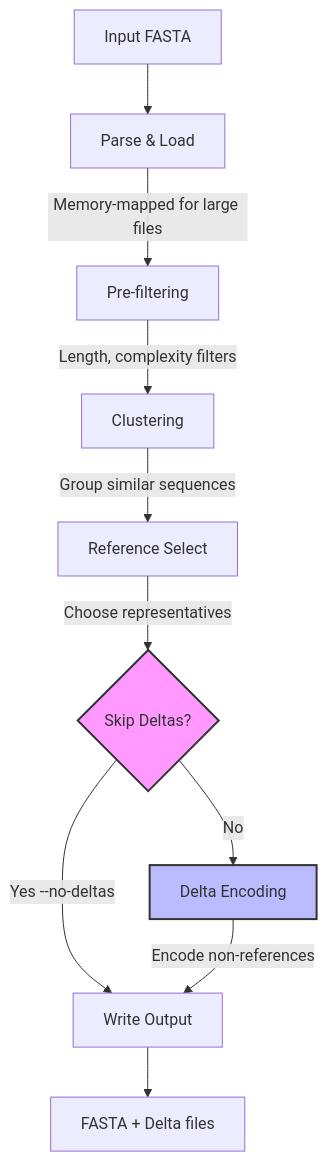
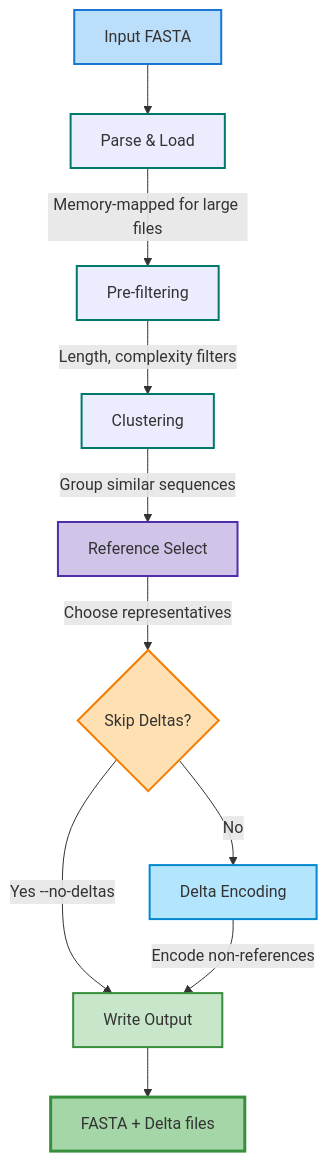
Before and after one commit to bfowle/talaria: the second of 6 diagrams in docs/src/development/architecture.md, drawn with Mermaid. The commit also changed other lines of this file and 104 other files, not shown here.

Commit message:
feat: implement content-addressed storage graph (CASG) foundation

````diff
--- a/docs/src/development/architecture.md
+++ b/docs/src/development/architecture.md
@@ -231,15 +231,22 @@
 ```mermaid
 flowchart TD
     A[Input FASTA] --> B[Parse & Load]
     B -->|Memory-mapped for large files| C[Pre-filtering]
     C -->|Length, complexity filters| D[Clustering]
     D -->|Group similar sequences| E[Reference Select]
     E -->|Choose representatives| F{Skip Deltas?}
     F -->|No| G[Delta Encoding]
     F -->|Yes --no-deltas| H[Write Output]
     G -->|Encode non-references| H[Write Output]
     H --> I[FASTA + Delta files]
     
-    style F fill:#f9f,stroke:#333,stroke-width:2px
-    style G fill:#bbf,stroke:#333,stroke-width:2px
+    style A stroke:#1976d2,stroke-width:2px,fill:#bbdefb
+    style B stroke:#00796b,stroke-width:2px
+    style C stroke:#00796b,stroke-width:2px
+    style D stroke:#00796b,stroke-width:2px
+    style E stroke:#512da8,stroke-width:2px,fill:#d1c4e9
+    style F stroke:#f57c00,stroke-width:2px,fill:#ffe0b2
+    style G stroke:#0288d1,stroke-width:2px,fill:#b3e5fc
+    style H stroke:#388e3c,stroke-width:2px,fill:#c8e6c9
+    style I stroke:#388e3c,stroke-width:3px,fill:#a5d6a7
 ```
````
